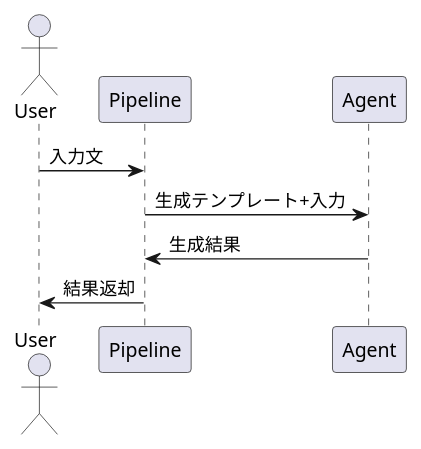
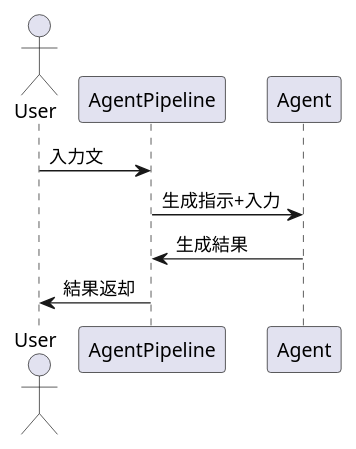
The first of 4 diagrams in docs/function_spec.md (kitfactory/refinire), drawn with PlantUML before and after one commit. The commit also changed other lines of this file and 33 other files, not shown here.

````diff
--- a/docs/function_spec.md
+++ b/docs/function_spec.md
@@ -9,11 +9,11 @@
 ```plantuml
 @startuml
 actor User
-participant Pipeline
+participant AgentPipeline
 participant Agent
-User -> Pipeline: 入力文
-Pipeline -> Agent: 生成テンプレート+入力
-Agent -> Pipeline: 生成結果
-Pipeline -> User: 結果返却
+User -> AgentPipeline: 入力文
+AgentPipeline -> Agent: 生成指示+入力
+Agent -> AgentPipeline: 生成結果
+AgentPipeline -> User: 結果返却
 @enduml
 ```
````
